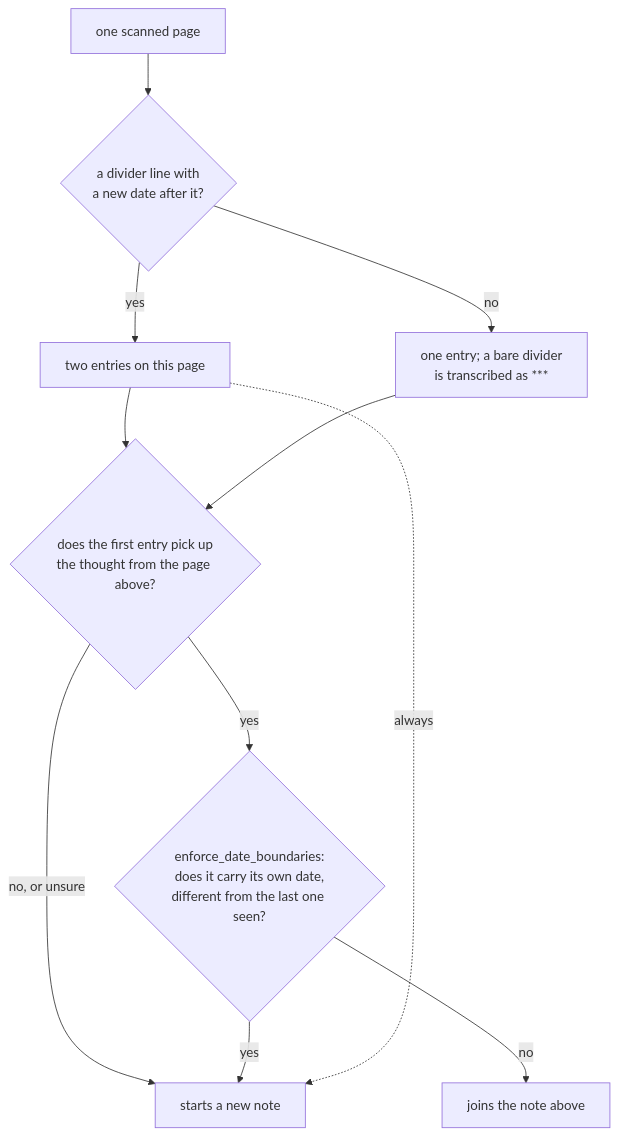
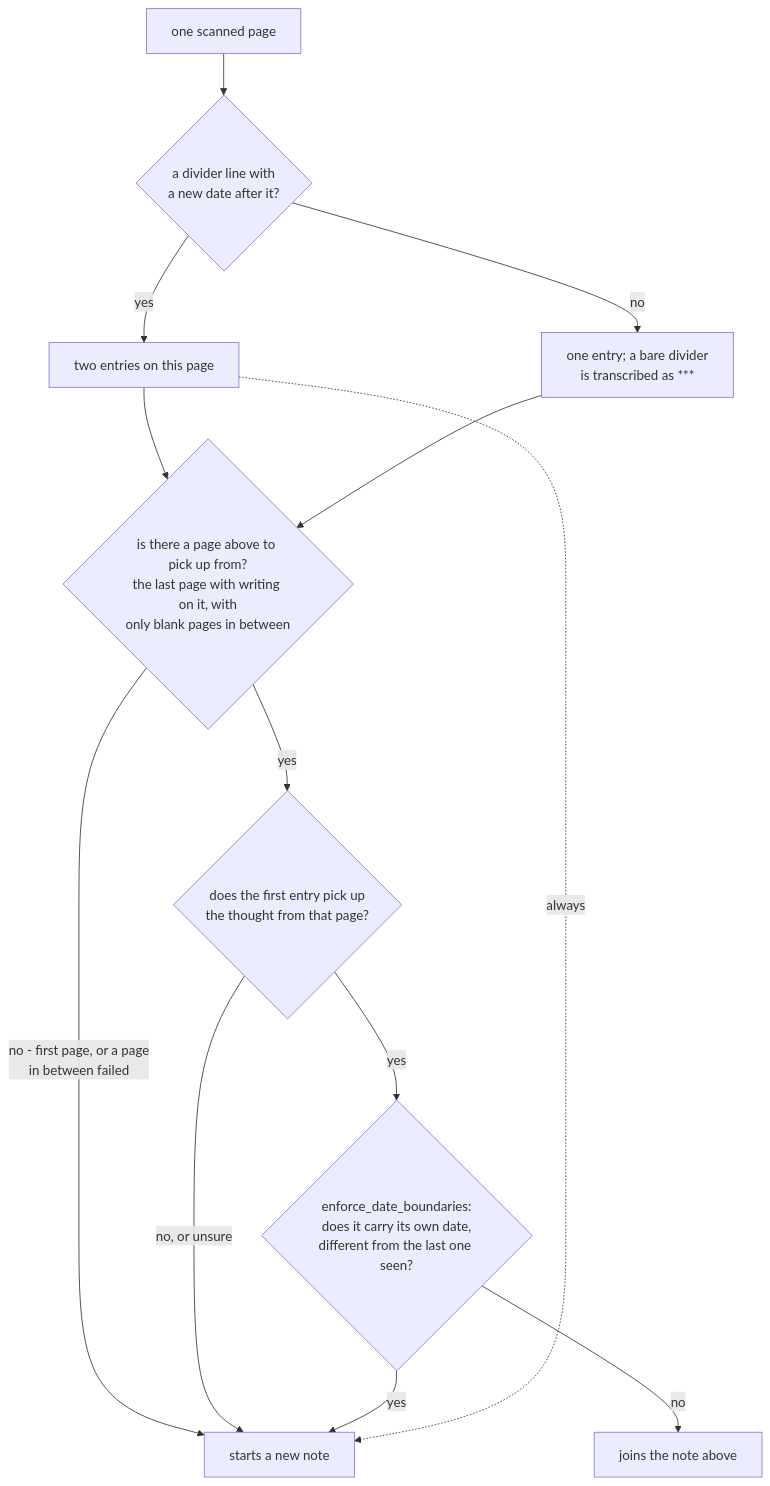
The third of 4 diagrams in WORKFLOW.md (leif-niehe/scan-notes), drawn with Mermaid before and after one commit. The commit also changed other lines of this file and 5 other files, not shown here.

First line of the commit message:
Fix lost pages, blank-page joins and interrupted runs; add tests

````diff
--- a/WORKFLOW.md
+++ b/WORKFLOW.md
@@ -76,13 +95,15 @@
 ```mermaid
 flowchart TD
     A["one scanned page"] --> B{"a divider line with<br/>a new date after it?"}
     B -->|"yes"| C["two entries on this page"]
     B -->|"no"| D["one entry; a bare divider<br/>is transcribed as ***"]
-    C --> E{"does the first entry pick up<br/>the thought from the page above?"}
-    D --> E
+    C --> E0{"is there a page above to pick up from?<br/>the last page with writing on it, with<br/>only blank pages in between"}
+    D --> E0
+    E0 -->|"no - first page, or a page<br/>in between failed"| G
+    E0 -->|"yes"| E{"does the first entry pick up<br/>the thought from that page?"}
     E -->|"yes"| H{"enforce_date_boundaries:<br/>does it carry its own date,<br/>different from the last one seen?"}
     E -->|"no, or unsure"| G["starts a new note"]
     H -->|"yes"| G
     H -->|"no"| F["joins the note above"]
     C -.->|"always"| G
 ```
````
